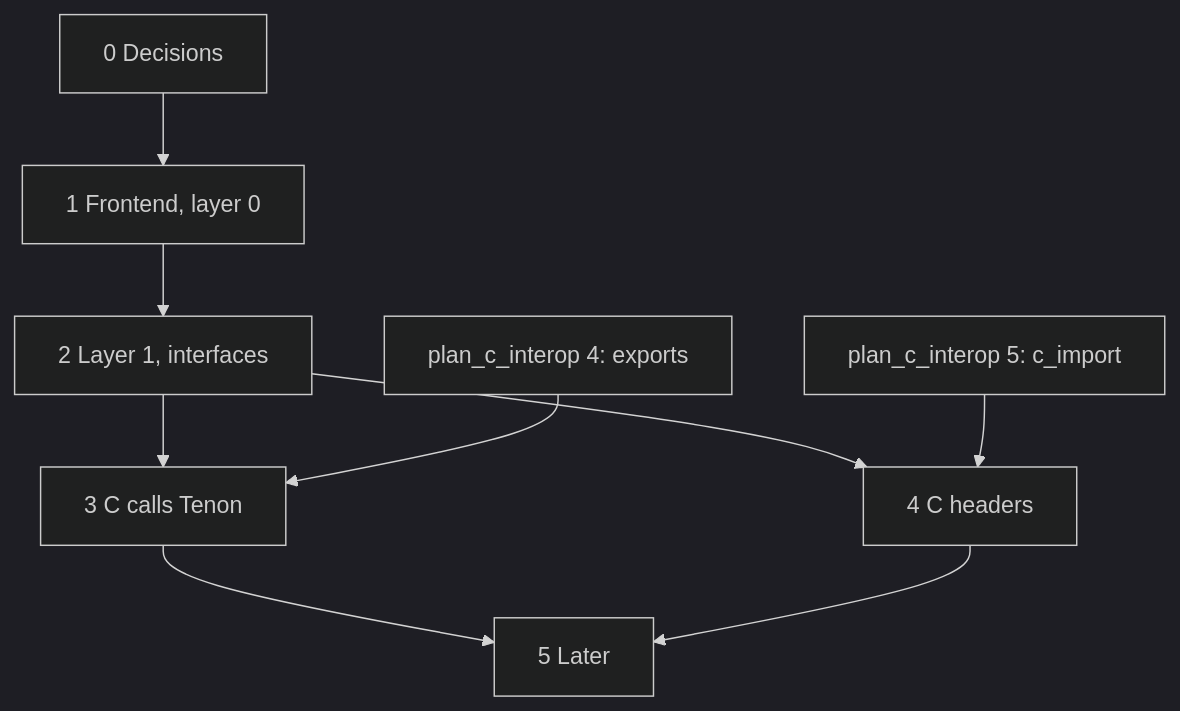
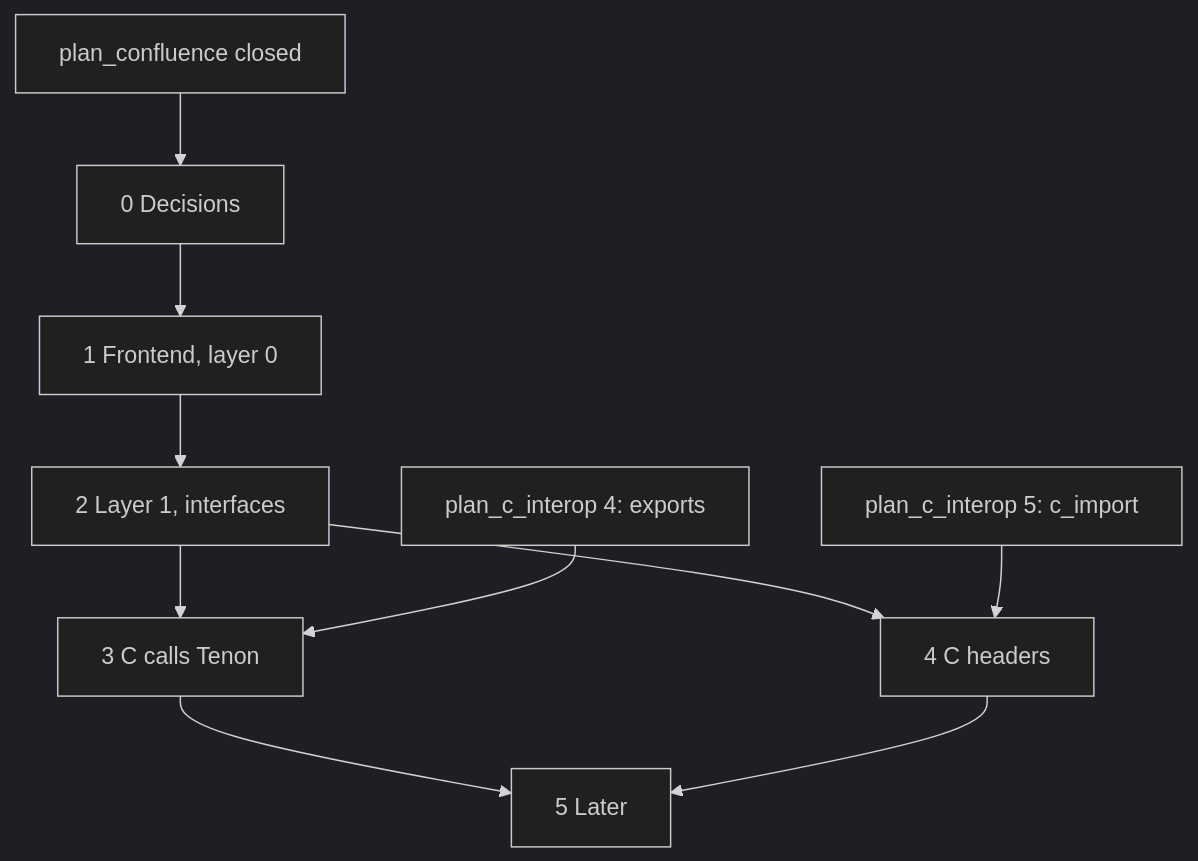
Before and after one commit to tapl-org/tapl: the second of 2 diagrams in oymo/docs/plan_tenon.md, drawn with Mermaid (dark theme). The commit also changed other lines of this file and 2 other files, not shown here.

Commit message:
docs: sequence Tenon development after confluence closure in roadmap and plans

````diff
--- a/oymo/docs/plan_tenon.md
+++ b/oymo/docs/plan_tenon.md
@@ -248,11 +252,12 @@
 ```mermaid
 flowchart TD
+  CONF["plan_confluence closed"] --> P0
   P0["0 Decisions"] --> P1["1 Frontend, layer 0"]
   P1 --> P2["2 Layer 1, interfaces"]
   P2 --> P3["3 C calls Tenon"]
   CI4["plan_c_interop 4: exports"] --> P3
   P2 --> P4["4 C headers"]
   CI5["plan_c_interop 5: c_import"] --> P4
   P3 --> P5["5 Later"]
   P4 --> P5
 ```
````
